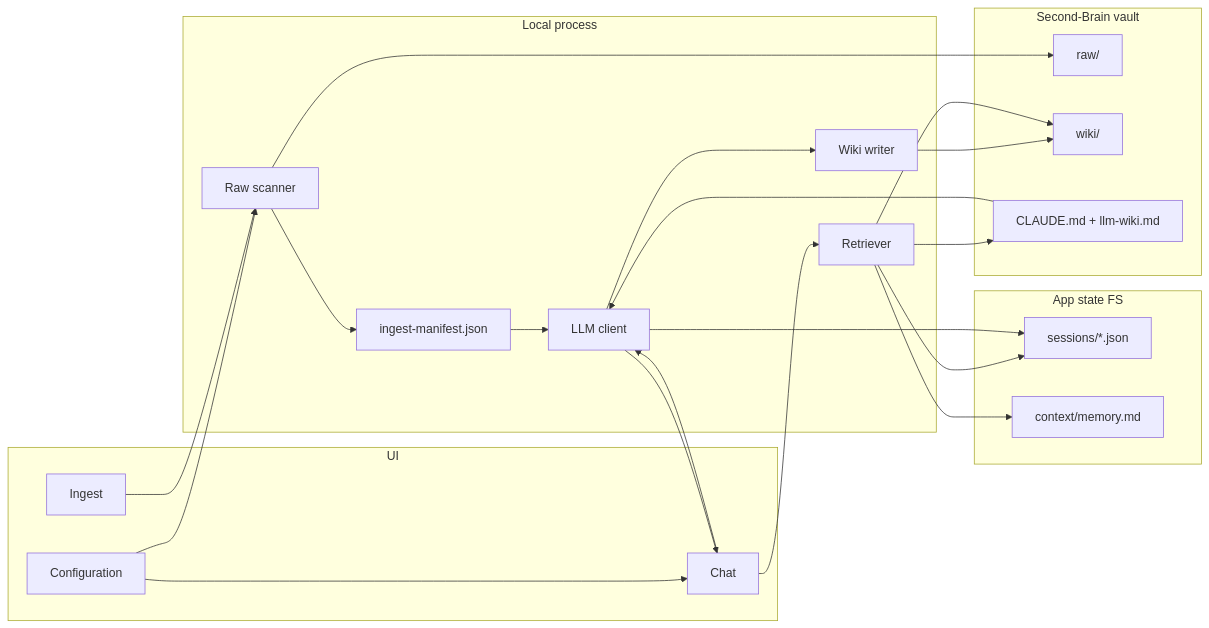
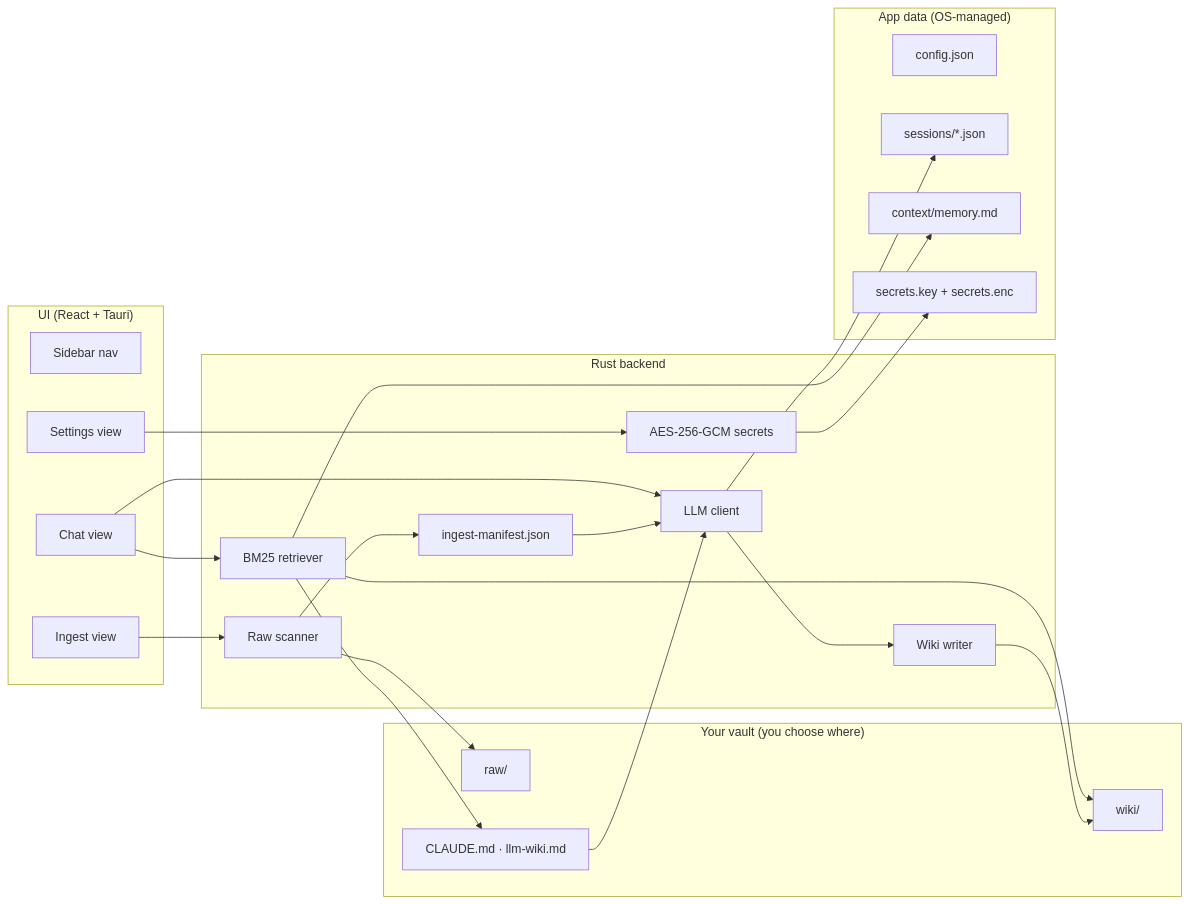
The first of 3 diagrams in README.md (vampokala/Second-Brain-App-Lite), drawn with Mermaid before and after one commit. The commit also changed other lines of this file, not shown here.

First line of the commit message:
docs: rewrite README — sidebar UI, AES-256-GCM secrets, full setup guide

````diff
--- a/README.md
+++ b/README.md
@@ -40,41 +42,41 @@
 ```mermaid
 flowchart LR
-  subgraph ui [UI]
-    IngestBtn[Ingest]
-    ChatUI[Chat]
-    ConfigTab[Configuration]
+  subgraph ui ["UI (React + Tauri)"]
+    Sidebar[Sidebar nav]
+    Chat[Chat view]
+    Ingest[Ingest view]
+    Settings[Settings view]
   end
-  subgraph local [Local process]
+
+  subgraph backend ["Rust backend"]
     Scanner[Raw scanner]
     Manifest[ingest-manifest.json]
+    LLM[LLM client]
     Writer[Wiki writer]
-    Retriever[Retriever]
-    Llm[LLM client]
+    Retriever[BM25 retriever]
+    Secrets[AES-256-GCM secrets]
   end
-  subgraph vault [Second-Brain vault]
+
+  subgraph vault ["Your vault (you choose where)"]
     Raw[raw/]
     Wiki[wiki/]
-    Schema["CLAUDE.md + llm-wiki.md"]
+    Schema["CLAUDE.md · llm-wiki.md"]
   end
-  subgraph appdata [App state FS]
+
+  subgraph appdata ["App data (OS-managed)"]
+    Config[config.json]
     Sessions[sessions/*.json]
     Memory[context/memory.md]
+    KeyFile[secrets.key + secrets.enc]
   end
-  ConfigTab --> Scanner
-  ConfigTab --> ChatUI
-  IngestBtn --> Scanner
-  Scanner --> Raw
+
+  Settings --> Secrets --> KeyFile
+  Ingest --> Scanner --> Raw
   Scanner --> Manifest
-  Schema --> Llm
-  Manifest --> Llm
-  Llm --> Writer
-  Writer --> Wiki
-  ChatUI --> Retriever
-  Retriever --> Wiki
+  Schema --> LLM
+  Manifest --> LLM --> Writer --> Wiki
+  Chat --> Retriever --> Wiki
   Retriever --> Schema
   Retriever --> Memory
-  Retriever --> Sessions
-  ChatUI --> Llm
-  Llm --> ChatUI
-  Llm --> Sessions
+  Chat --> LLM --> Sessions
 ```
````
